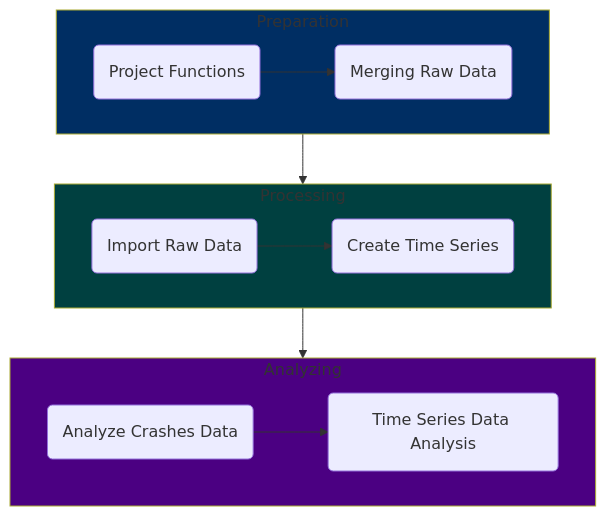
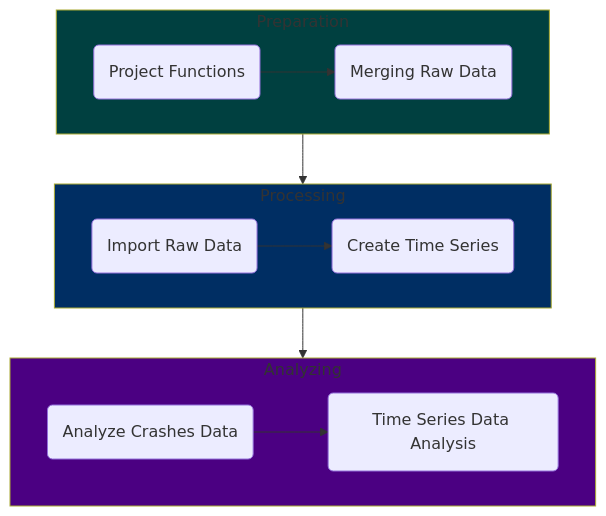
The diagram in scripts/rScripts/README.md (ktalexan/OCSWITRS), drawn with Mermaid before and after one commit.

Commit message:
Update README.md mermaid diagram styles for improved clarity in script execution phases

````diff
--- a/scripts/rScripts/README.md
+++ b/scripts/rScripts/README.md
@@ -16,17 +16,17 @@
 ```mermaid
 flowchart TB
    a & b & c & d & e & f
    subgraph Preparation
    a("Project Functions") --> b("Merging Raw Data")
    end
    subgraph Processing
    c("Import Raw Data") --> d("Create Time Series")
    end
    subgraph Analyzing
    e("Analyze Crashes Data") -->f("Time Series Data Analysis")
    end
    Preparation --> Processing --> Analyzing
-   style Preparation fill:#002e63
-   style Processing fill:#004040
+   style Preparation fill:#004040
+   style Processing fill:#002e63
    style Analyzing fill:#4b0082
 ```
````
